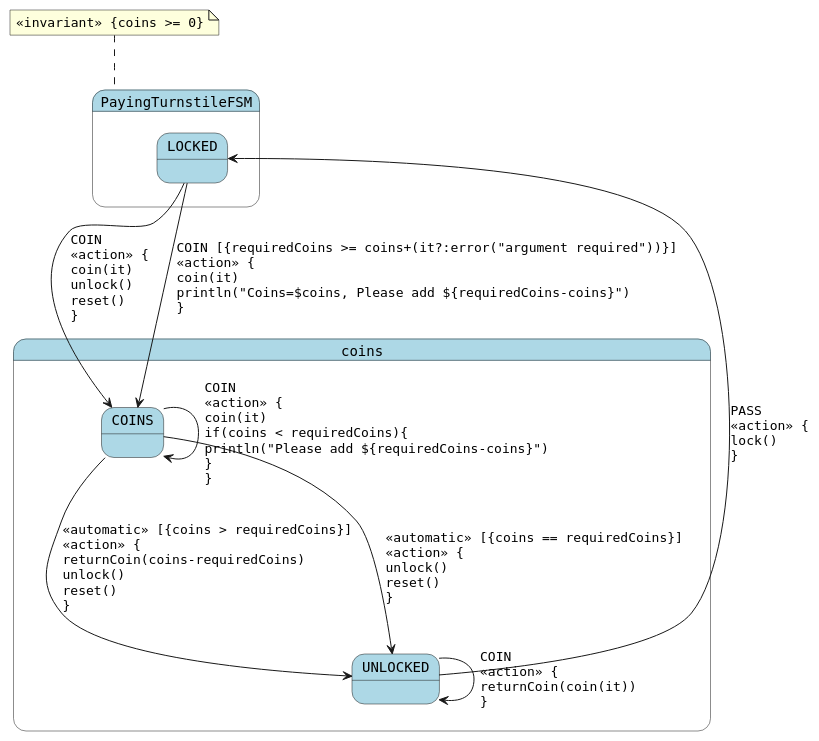
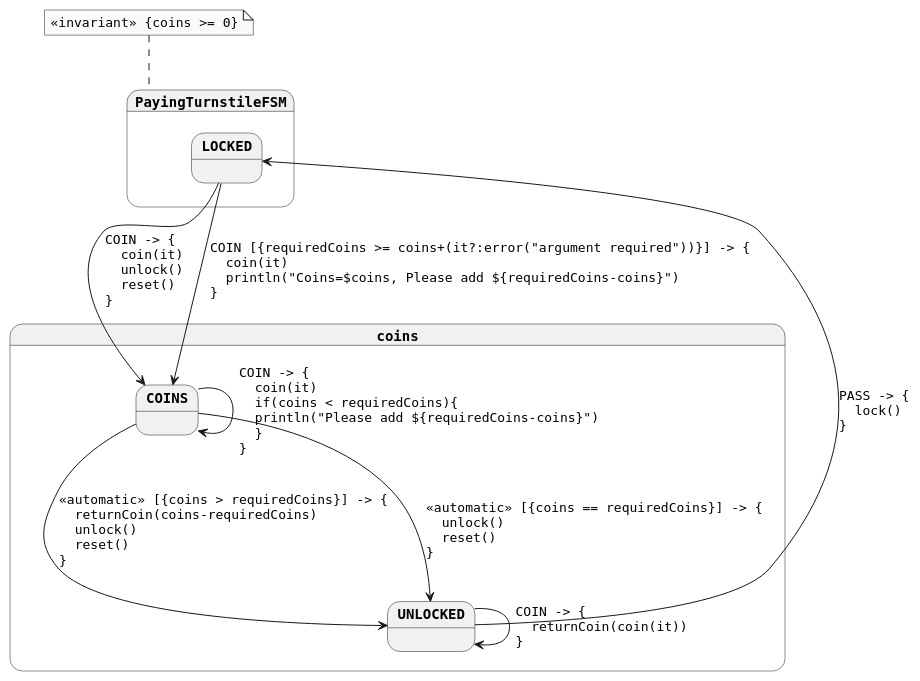
The diagram in generated-parsed/paying-turnstile.plantuml (open-jumpco/kfsm-viz), drawn with PlantUML before and after one commit. The commit also changed 12 other files, not shown here.

```diff
--- a/generated-parsed/paying-turnstile.plantuml
+++ b/generated-parsed/paying-turnstile.plantuml
@@ -1,21 +1,24 @@
 @startuml
+skinparam monochrome true
 skinparam StateFontName Helvetica
 skinparam defaultFontName Monospaced
+skinparam defaultFontStyle Bold
 skinparam state {
-    BackgroundColor LightBlue
+    FontColor Black
+    FontStyle Bold
 }
 state coins {
-COINS --> UNLOCKED : <<automatic>> [{coins > requiredCoins}]\l<<action>> {\lreturnCoin(coins-requiredCoins)\lunlock()\lreset()\l}
-COINS --> UNLOCKED : <<automatic>> [{coins == requiredCoins}]\l<<action>> {\lunlock()\lreset()\l}
-COINS --> COINS : COIN\l<<action>> {\lcoin(it)\lif(coins < requiredCoins){\lprintln("Please add ${requiredCoins-coins}")\l}\l}
+COINS --> UNLOCKED : <<automatic>> [{coins > requiredCoins}] -> {\l  returnCoin(coins-requiredCoins)\l  unlock()\l  reset()\l}
+COINS --> UNLOCKED : <<automatic>> [{coins == requiredCoins}] -> {\l  unlock()\l  reset()\l}
+COINS --> COINS : COIN -> {\l  coin(it)\l  if(coins < requiredCoins){\l  println("Please add ${requiredCoins-coins}")\l  }\l}
 }
 state PayingTurnstileFSM {
-LOCKED --> COINS : COIN\l<<action>> {\lcoin(it)\lunlock()\lreset()\l}
-LOCKED --> COINS : COIN [{requiredCoins >= coins+(it?:error("argument required"))}]\l<<action>> {\lcoin(it)\lprintln("Coins=$coins, Please add ${requiredCoins-coins}")\l}
-UNLOCKED --> UNLOCKED : COIN\l<<action>> {\lreturnCoin(coin(it))\l}
-UNLOCKED --> LOCKED : PASS\l<<action>> {\llock()\l}
+LOCKED --> COINS : COIN -> {\l  coin(it)\l  unlock()\l  reset()\l}
+LOCKED --> COINS : COIN [{requiredCoins >= coins+(it?:error("argument required"))}] -> {\l  coin(it)\l  println("Coins=$coins, Please add ${requiredCoins-coins}")\l}
+UNLOCKED --> UNLOCKED : COIN -> {\l  returnCoin(coin(it))\l}
+UNLOCKED --> LOCKED : PASS -> {\l  lock()\l}
 }
 note top of PayingTurnstileFSM
 <<invariant>> {coins >= 0}
 end note
 @enduml
```
